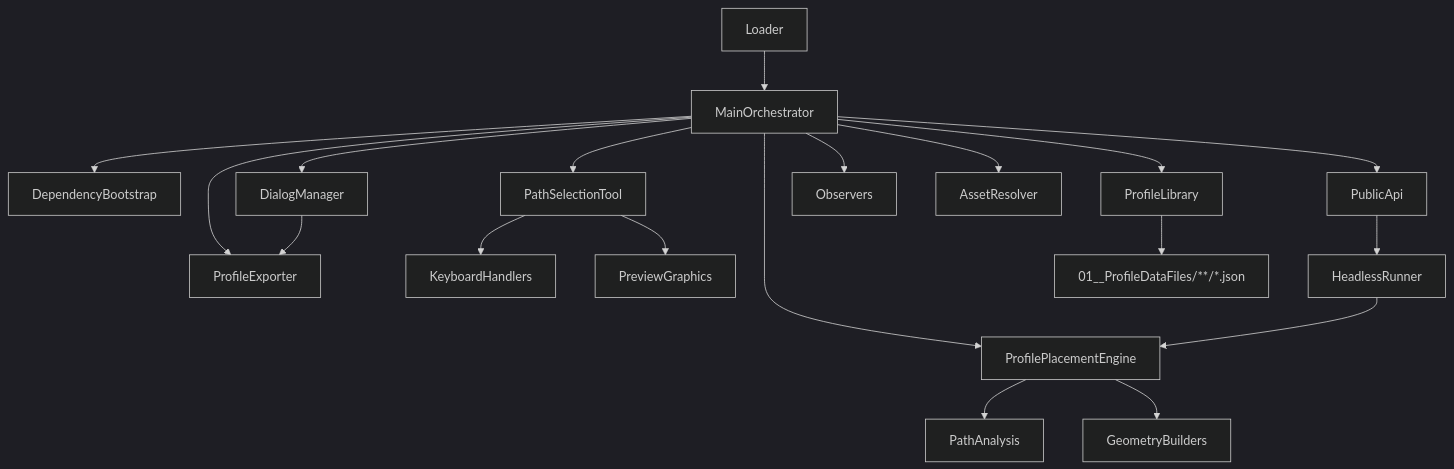
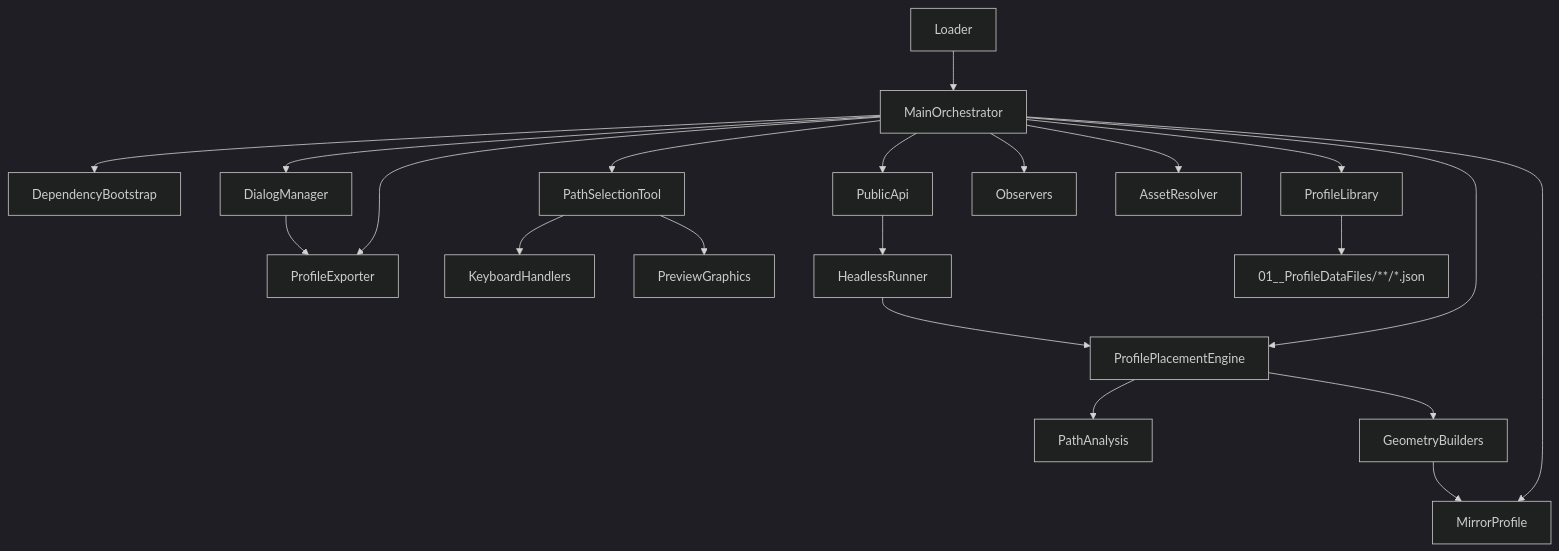
One commit to Adam-Noble-01/Plugins changed the first of 2 diagrams in Na__ProfileTools__ProfilePathTracer__Modules__/Na__ProfileTools__ProfilePathTracer__Architecture__.md. Above: the diagram before and after it, drawn with Mermaid (dark theme). The commit also changed other lines of this file and 10 other files, not shown here.

````diff
--- a/Na__ProfileTools__ProfilePathTracer__Modules__/Na__ProfileTools__ProfilePathTracer__Architecture__.md
+++ b/Na__ProfileTools__ProfilePathTracer__Modules__/Na__ProfileTools__ProfilePathTracer__Architecture__.md
@@ -46,21 +47,23 @@
 ```mermaid
 flowchart TD
 loader[Loader] --> main[MainOrchestrator]
 main --> dep[DependencyBootstrap]
 main --> dialog[DialogManager]
 main --> api[PublicApi]
 main --> lib[ProfileLibrary]
 main --> exporter[ProfileExporter]
+main --> mirror[MirrorProfile]
 main --> pathTool[PathSelectionTool]
 pathTool --> keyboard[KeyboardHandlers]
 pathTool --> preview[PreviewGraphics]
 main --> engine[ProfilePlacementEngine]
 engine --> pathAnalysis[PathAnalysis]
 engine --> geometry[GeometryBuilders]
+geometry --> mirror
 api --> headless[HeadlessRunner]
 headless --> engine
 main --> observers[Observers]
 main --> assets[AssetResolver]
 lib --> dataFiles["01__ProfileDataFiles/**/*.json"]
 dialog --> exporter
 ```
````
